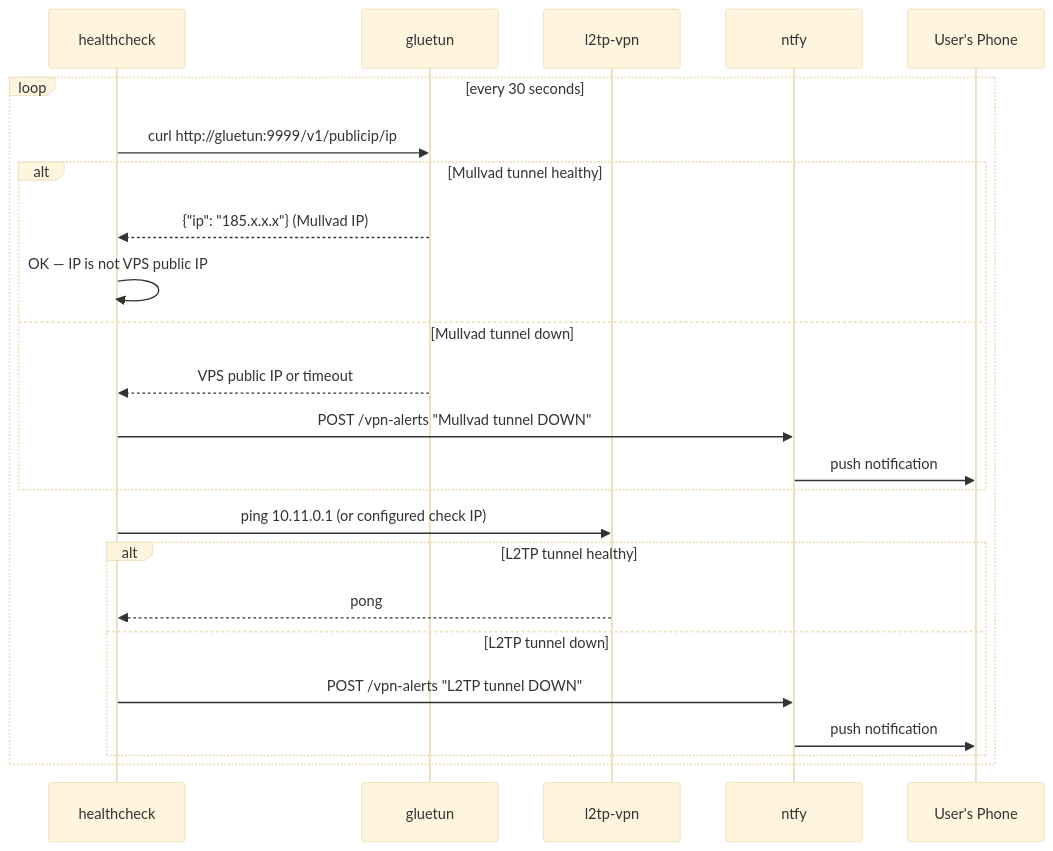
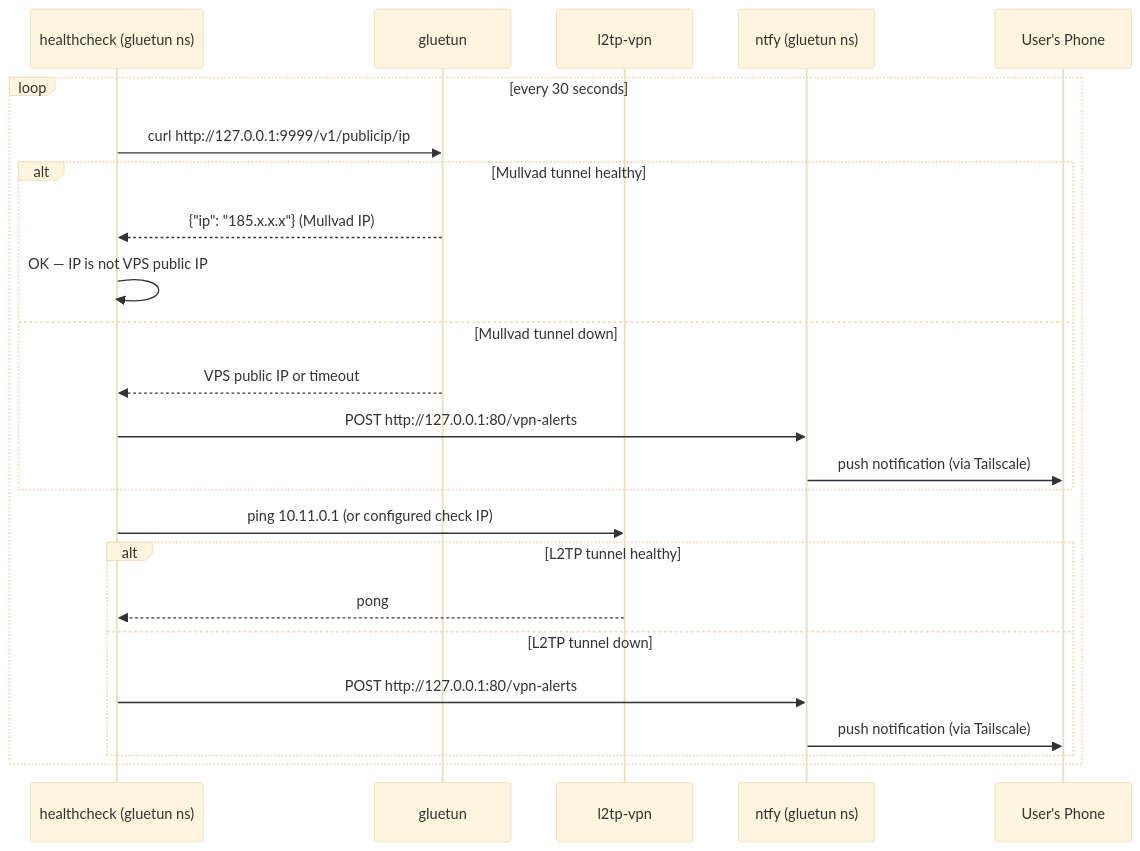
Before and after one commit to povesma/vpn-meshgate: the fifth of 5 diagrams in tasks/VPN-001-tailscale-exit-node-vpn-router/2026-03-17-VPN-001-tailscale-exit-node-vpn-router-tech-design.md, drawn with Mermaid (base theme). The commit also changed other lines of this file and 11 other files, not shown here.

Commit message:
feat: add vpn-bot — ntfy-based remote VPN control from phone

````diff
--- a/tasks/VPN-001-tailscale-exit-node-vpn-router/2026-03-17-VPN-001-tailscale-exit-node-vpn-router-tech-design.md
+++ b/tasks/VPN-001-tailscale-exit-node-vpn-router/2026-03-17-VPN-001-tailscale-exit-node-vpn-router-tech-design.md
@@ -237,28 +240,28 @@
 ```mermaid
 sequenceDiagram
-    participant HC as healthcheck
+    participant HC as healthcheck (gluetun ns)
     participant GL as gluetun
     participant L2 as l2tp-vpn
-    participant NT as ntfy
+    participant NT as ntfy (gluetun ns)
     participant Phone as User's Phone
 
     loop every 30 seconds
-        HC->>GL: curl http://gluetun:9999/v1/publicip/ip
+        HC->>GL: curl http://127.0.0.1:9999/v1/publicip/ip
         alt Mullvad tunnel healthy
             GL-->>HC: {"ip": "185.x.x.x"} (Mullvad IP)
             HC->>HC: OK — IP is not VPS public IP
         else Mullvad tunnel down
             GL-->>HC: VPS public IP or timeout
-            HC->>NT: POST /vpn-alerts "Mullvad tunnel DOWN"
-            NT->>Phone: push notification
+            HC->>NT: POST http://127.0.0.1:80/vpn-alerts
+            NT->>Phone: push notification (via Tailscale)
         end
 
         HC->>L2: ping 10.11.0.1 (or configured check IP)
         alt L2TP tunnel healthy
             L2-->>HC: pong
         else L2TP tunnel down
-            HC->>NT: POST /vpn-alerts "L2TP tunnel DOWN"
-            NT->>Phone: push notification
+            HC->>NT: POST http://127.0.0.1:80/vpn-alerts
+            NT->>Phone: push notification (via Tailscale)
         end
     end
 ```
````
